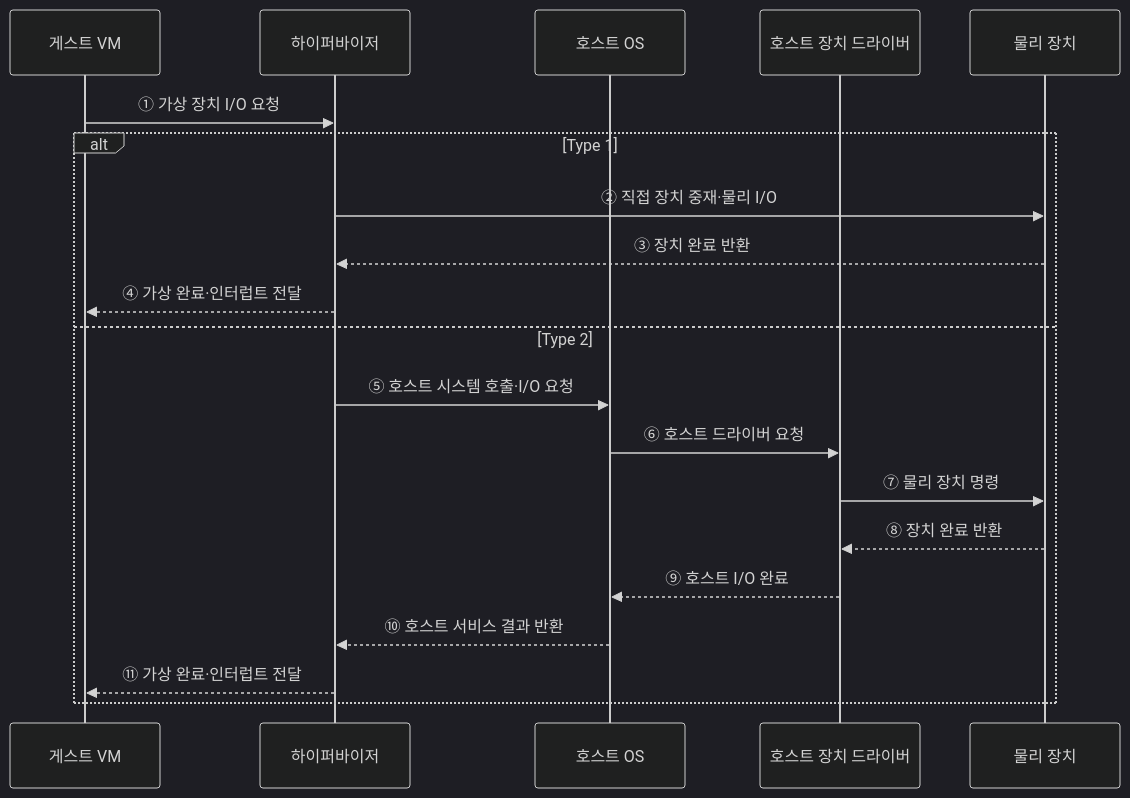
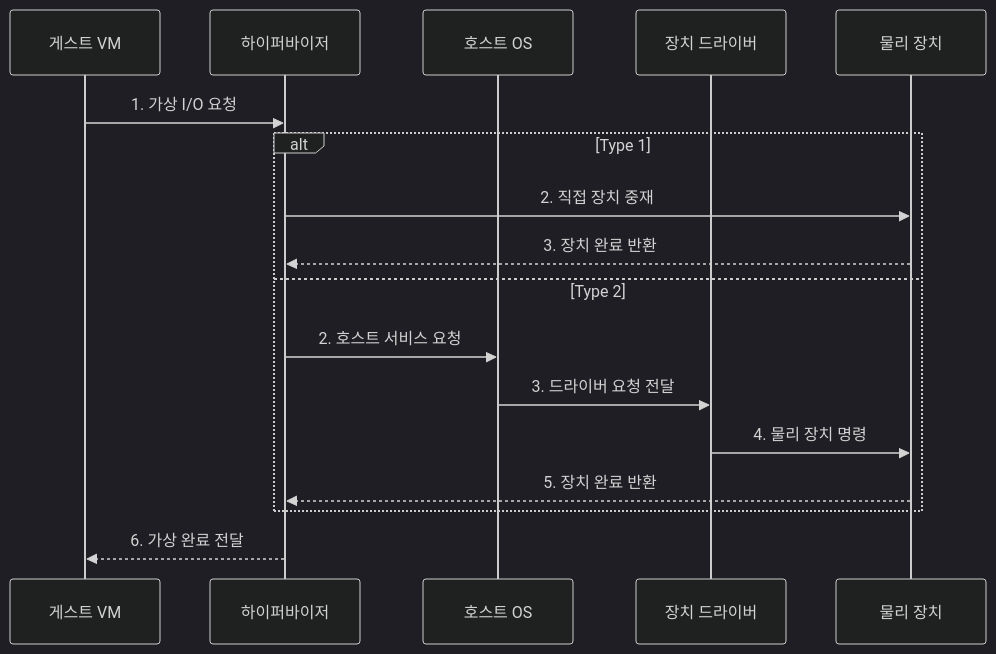
The second of 2 diagrams in src/content/docs/notes/02-hardware/087_hypervisor_types.md (agnusdei1207/knowledge-base), drawn with Mermaid (dark theme) before and after one commit. The commit also changed other lines of this file and 20 other files, not shown here.

````diff
--- a/src/content/docs/notes/02-hardware/087_hypervisor_types.md
+++ b/src/content/docs/notes/02-hardware/087_hypervisor_types.md
@@ -80,23 +84,19 @@
 ```mermaid
 sequenceDiagram
     participant G as 게스트 VM
     participant V as 하이퍼바이저
     participant O as 호스트 OS
-    participant R as 호스트 장치 드라이버
+    participant R as 장치 드라이버
     participant D as 물리 장치
-
-    G->>V: ① 가상 장치 I/O 요청
+    G->>V: 1. 가상 I/O 요청
     alt Type 1
-        V->>D: ② 직접 장치 중재·물리 I/O
-        D-->>V: ③ 장치 완료 반환
-        V-->>G: ④ 가상 완료·인터럽트 전달
+        V->>D: 2. 직접 장치 중재
+        D-->>V: 3. 장치 완료 반환
     else Type 2
-        V->>O: ⑤ 호스트 시스템 호출·I/O 요청
-        O->>R: ⑥ 호스트 드라이버 요청
-        R->>D: ⑦ 물리 장치 명령
-        D-->>R: ⑧ 장치 완료 반환
-        R-->>O: ⑨ 호스트 I/O 완료
-        O-->>V: ⑩ 호스트 서비스 결과 반환
-        V-->>G: ⑪ 가상 완료·인터럽트 전달
+        V->>O: 2. 호스트 서비스 요청
+        O->>R: 3. 드라이버 요청 전달
+        R->>D: 4. 물리 장치 명령
+        D-->>V: 5. 장치 완료 반환
     end
+    V-->>G: 6. 가상 완료 전달
 ```
````
